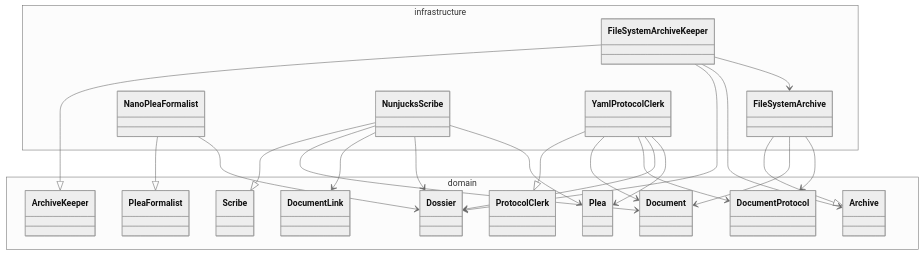
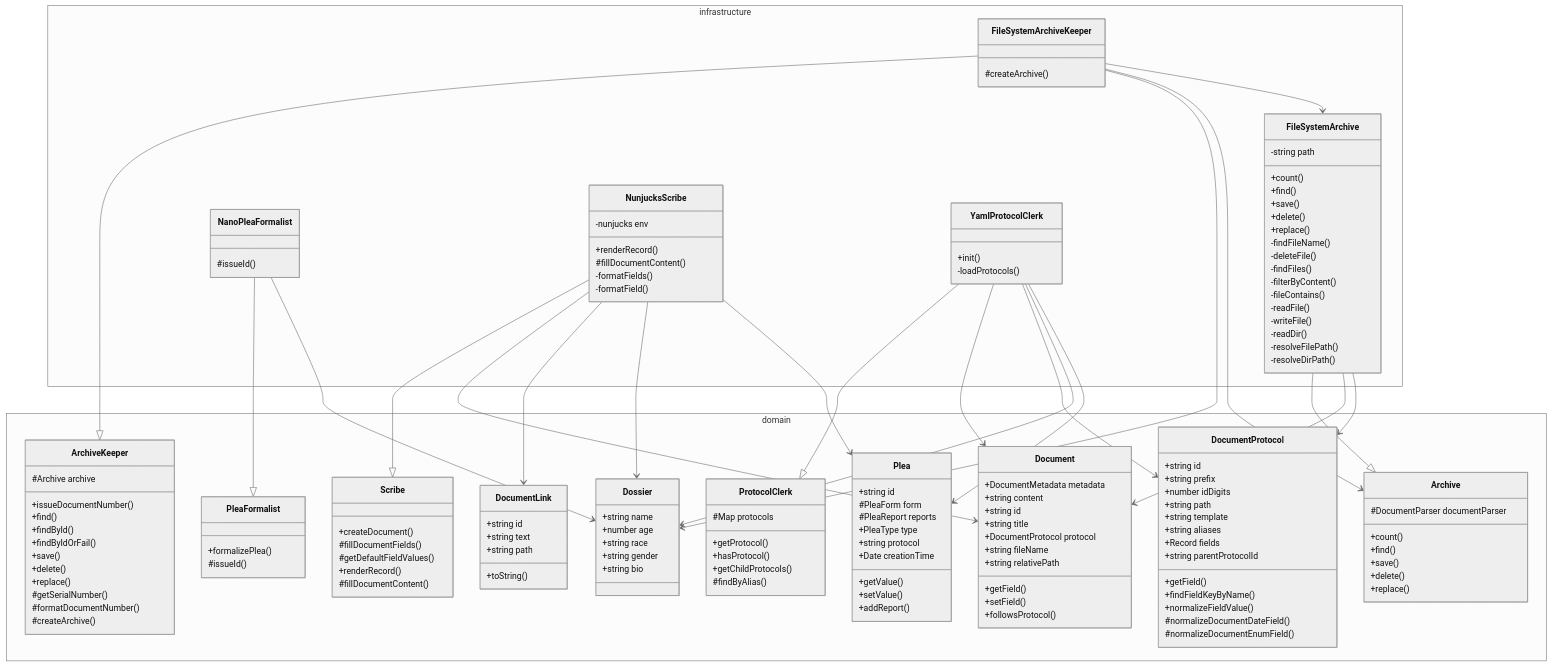
Before and after one commit to pslotinsky/decay-of-magic: the third of 3 diagrams in packages/zok/README.md, drawn with Mermaid (neutral theme). The commit also changed other lines of this file and 16 other files, not shown here.

Commit message:
DOD-0004: Add class members to Poe class diagram

````diff
--- a/packages/zok/README.md
+++ b/packages/zok/README.md
@@ -206,23 +478,133 @@
 ```mermaid
 classDiagram
   namespace infrastructure {
-    class FileSystemArchive
-    class FileSystemArchiveKeeper
-    class NanoPleaFormalist
-    class NunjucksScribe
-    class YamlProtocolClerk
+    class FileSystemArchive {
+      -string path
+      +count()
+      +find()
+      +save()
+      +delete()
+      +replace()
+      -findFileName()
+      -deleteFile()
+      -findFiles()
+      -filterByContent()
+      -fileContains()
+      -readFile()
+      -writeFile()
+      -readDir()
+      -resolveFilePath()
+      -resolveDirPath()
+    }
+    class FileSystemArchiveKeeper {
+      #createArchive()
+    }
+    class NanoPleaFormalist {
+      #issueId()
+    }
+    class NunjucksScribe {
+      -nunjucks env
+      +renderRecord()
+      #fillDocumentContent()
+      -formatFields()
+      -formatField()
+    }
+    class YamlProtocolClerk {
+      +init()
+      -loadProtocols()
+    }
   }
   namespace domain {
-    class Archive
-    class Document
-    class DocumentProtocol
-    class ArchiveKeeper
-    class Dossier
-    class PleaFormalist
-    class Scribe
-    class DocumentLink
-    class Plea
-    class ProtocolClerk
+    class Archive {
+      #DocumentParser documentParser
+      +count()
+      +find()
+      +save()
+      +delete()
+      +replace()
+    }
+    class Document {
+      +DocumentMetadata metadata
+      +string content
+      +string id
+      +string title
+      +DocumentProtocol protocol
+      +string fileName
+      +string relativePath
+      +getField()
+      +setField()
+      +followsProtocol()
+    }
+    class DocumentProtocol {
+      +string id
+      +string prefix
+      +number idDigits
+      +string path
+      +string template
+      +string aliases
+      +Record fields
+      +string parentProtocolId
+      +getField()
+      +findFieldKeyByName()
+      +normalizeFieldValue()
+      #normalizeDocumentDateField()
+      #normalizeDocumentEnumField()
+    }
+    class ArchiveKeeper {
+      #Archive archive
+      +issueDocumentNumber()
+      +find()
+      +findById()
+      +findByIdOrFail()
+      +save()
+      +delete()
+      +replace()
+      #getSerialNumber()
+      #formatDocumentNumber()
+      #createArchive()
+    }
+    class Dossier {
+      +string name
+      +number age
+      +string race
+      +string gender
+      +string bio
+    }
+    class PleaFormalist {
+      +formalizePlea()
+      #issueId()
+    }
+    class Scribe {
+      +createDocument()
+      #fillDocumentFields()
+      #getDefaultFieldValues()
+      +renderRecord()
+      #fillDocumentContent()
+    }
+    class DocumentLink {
+      +string id
+      +string text
+      +string path
+      +toString()
+    }
+    class Plea {
+      +string id
+      #PleaForm form
+      #PleaReport reports
+      +PleaType type
+      +string protocol
+      +Date creationTime
+      +getValue()
+      +setValue()
+      +addReport()
+    }
+    class ProtocolClerk {
+      #Map protocols
+      +getProtocol()
+      +hasProtocol()
+      +getChildProtocols()
+      #findByAlias()
+    }
   }
 
   FileSystemArchive --|> Archive
````
